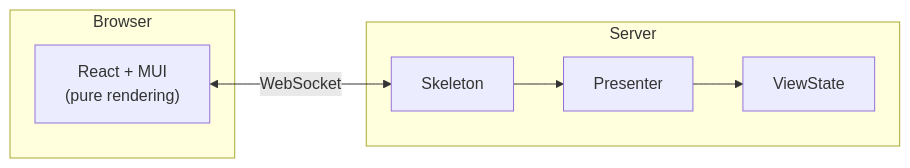
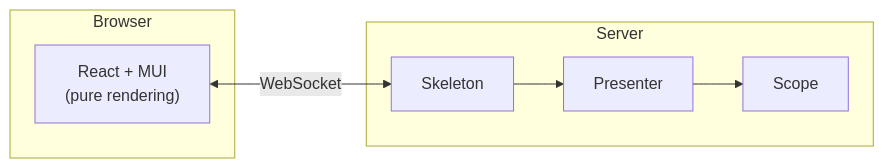
Before and after one commit to mrcdom/wdc-cube-kotlin: the fifth of 10 diagrams in docs/architecture.md, drawn with Mermaid. The commit also changed other lines of this file and 117 other files, not shown here.

First line of the commit message:
refactor(cube): ViewState becomes Scope, in code, protocol and docs

````diff
--- a/docs/architecture.md
+++ b/docs/architecture.md
@@ -261,11 +261,11 @@
 ```mermaid
 graph LR
     subgraph "Browser"
         REACT["React + MUI<br/>(pure rendering)"]
     end
     subgraph "Server"
         SKEL["Skeleton"] --> PRES["Presenter"]
-        PRES --> STATE["ViewState"]
+        PRES --> SCOPE["Scope"]
     end
     REACT <-->|WebSocket| SKEL
 ```
````
